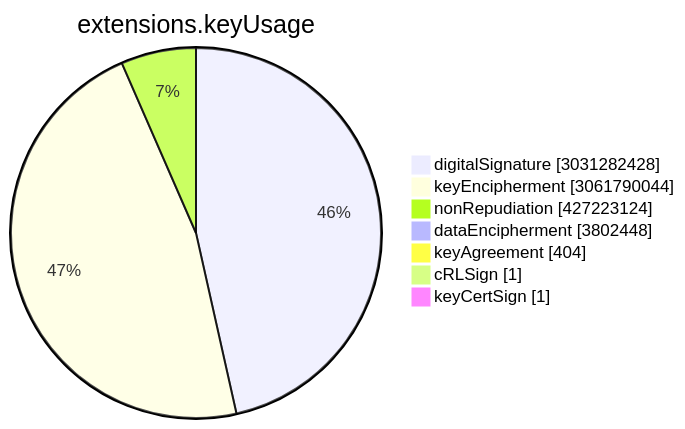
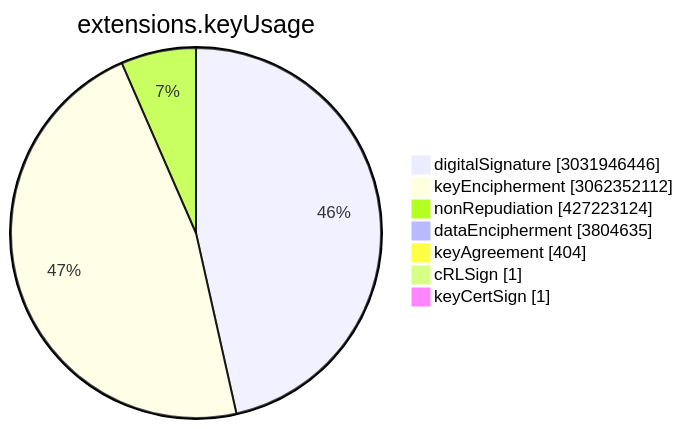
Before and after one commit to christiankrug/ctmonitor_visualization: the sixth of 15 diagrams in TOTAL/README.md, drawn with Mermaid. The commit also changed other lines of this file, not shown here.

````diff
--- a/TOTAL/README.md
+++ b/TOTAL/README.md
@@ -3077,11 +3077,11 @@
 ```mermaid
 pie showData
 title extensions.keyUsage
-"digitalSignature" :3031282428
-"keyEncipherment" :3061790044
+"digitalSignature" :3031946446
+"keyEncipherment" :3062352112
 "nonRepudiation" :427223124
-"dataEncipherment" :3802448
+"dataEncipherment" :3804635
 "keyAgreement" :404
 "cRLSign" :1
 "keyCertSign" :1
 ```
````
